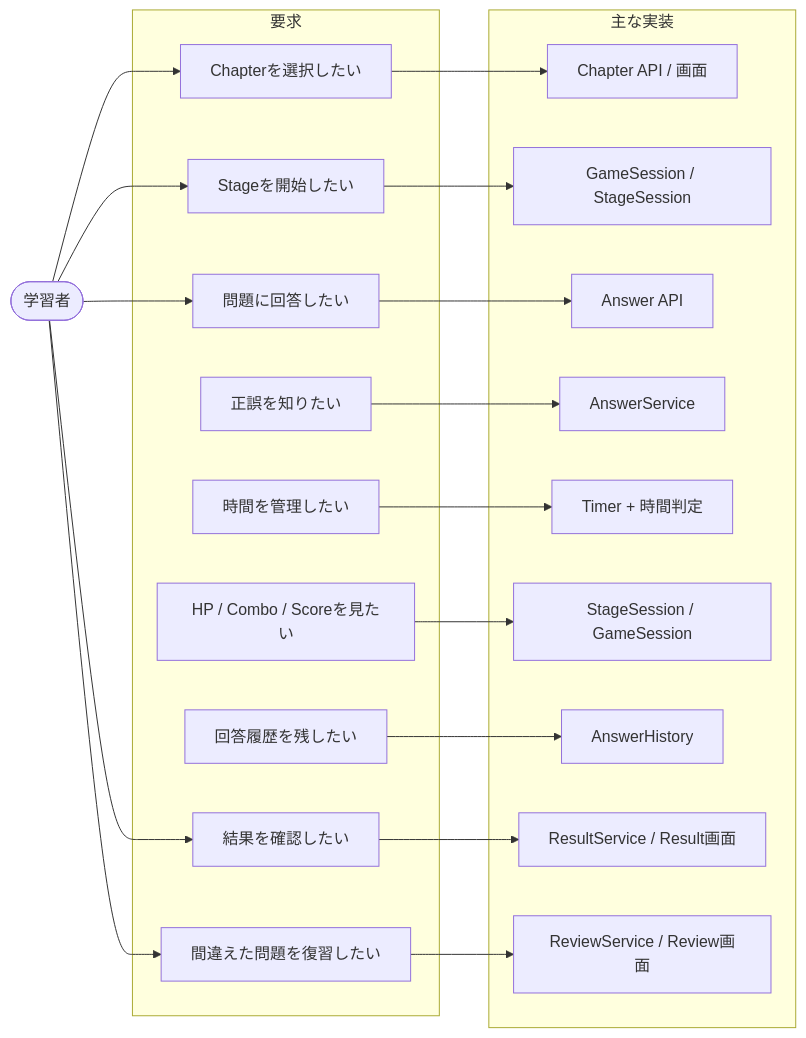
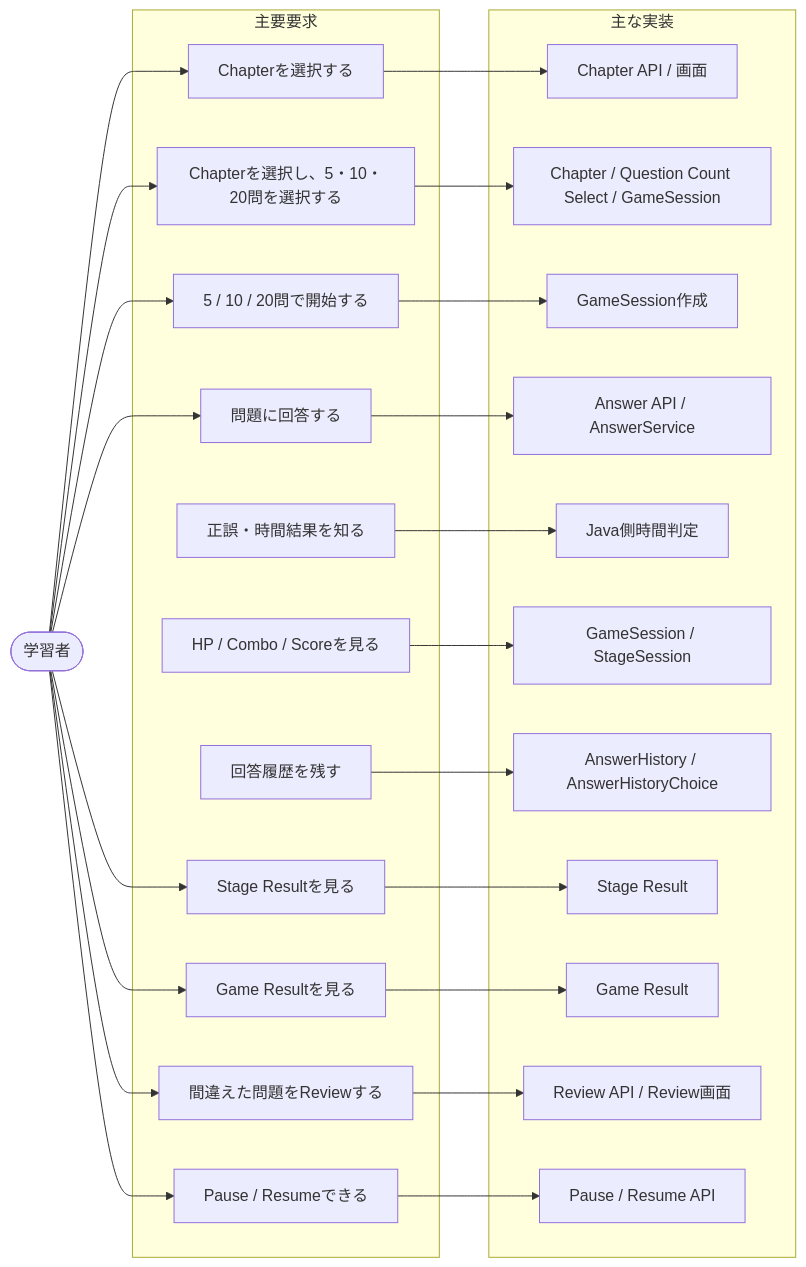
Diagram 17 of 30 in README.md (suu-dev-0203/graduation_JAVAgame), drawn with Mermaid before and after one commit. The commit also changed other lines of this file, not shown here.

````diff
--- a/README.md
+++ b/README.md
@@ -493,39 +634,46 @@
 ```mermaid
 flowchart LR
     U([学習者])
 
-    subgraph REQ[要求]
-        R1[Chapterを選択したい]
-        R2[Stageを開始したい]
-        R3[問題に回答したい]
-        R4[正誤を知りたい]
-        R5[時間を管理したい]
-        R6[HP / Combo / Scoreを見たい]
-        R7[回答履歴を残したい]
-        R8[結果を確認したい]
-        R9[間違えた問題を復習したい]
+    subgraph REQ[主要要求]
+        R1[Chapterを選択する]
+        R2[Chapterを選択し、5・10・20問を選択する]
+        R3[5 / 10 / 20問で開始する]
+        R4[問題に回答する]
+        R5[正誤・時間結果を知る]
+        R6[HP / Combo / Scoreを見る]
+        R7[回答履歴を残す]
+        R8[Stage Resultを見る]
+        R9[Game Resultを見る]
+        R10[間違えた問題をReviewする]
+        R11[Pause / Resumeできる]
     end
 
-    subgraph IMPLEMENT[主な実装]
+    subgraph IMPL[主な実装]
         I1[Chapter API / 画面]
-        I2[GameSession / StageSession]
-        I3[Answer API]
-        I4[AnswerService]
-        I5[Timer + 時間判定]
-        I6[StageSession / GameSession]
-        I7[AnswerHistory]
-        I8[ResultService / Result画面]
-        I9[ReviewService / Review画面]
+        I2[Chapter / Question Count Select / GameSession]
+        I3[GameSession作成]
+        I4[Answer API / AnswerService]
+        I5[Java側時間判定]
+        I6[GameSession / StageSession]
+        I7[AnswerHistory / AnswerHistoryChoice]
+        I8[Stage Result]
+        I9[Game Result]
+        I10[Review API / Review画面]
+        I11[Pause / Resume API]
     end
 
-    U --> R1 & R2 & R3 & R8 & R9
+    U --> R1 & R2 & R3 & R4 & R8 & R9 & R10 & R11
     R1 --> I1
     R2 --> I2
     R3 --> I3
     R4 --> I4
     R5 --> I5
     R6 --> I6
     R7 --> I7
     R8 --> I8
     R9 --> I9
+    R10 --> I10
+    R11 --> I11
+
 ```
````
